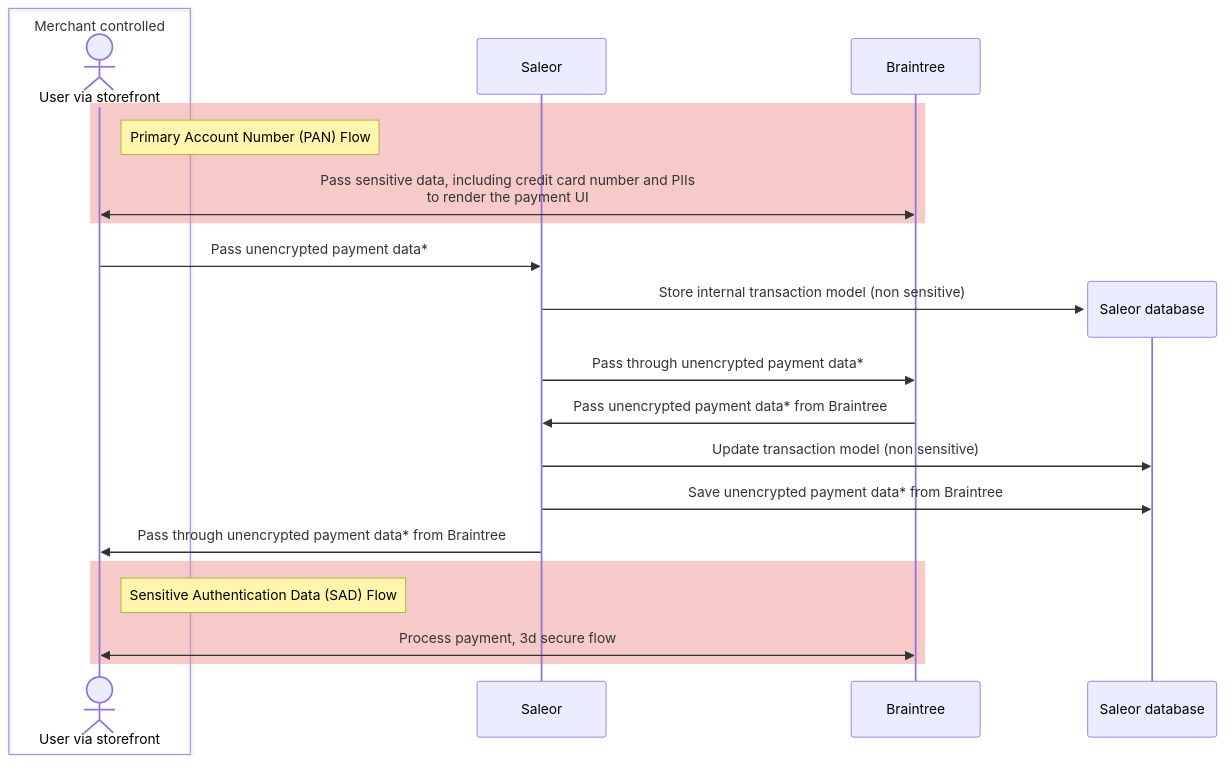
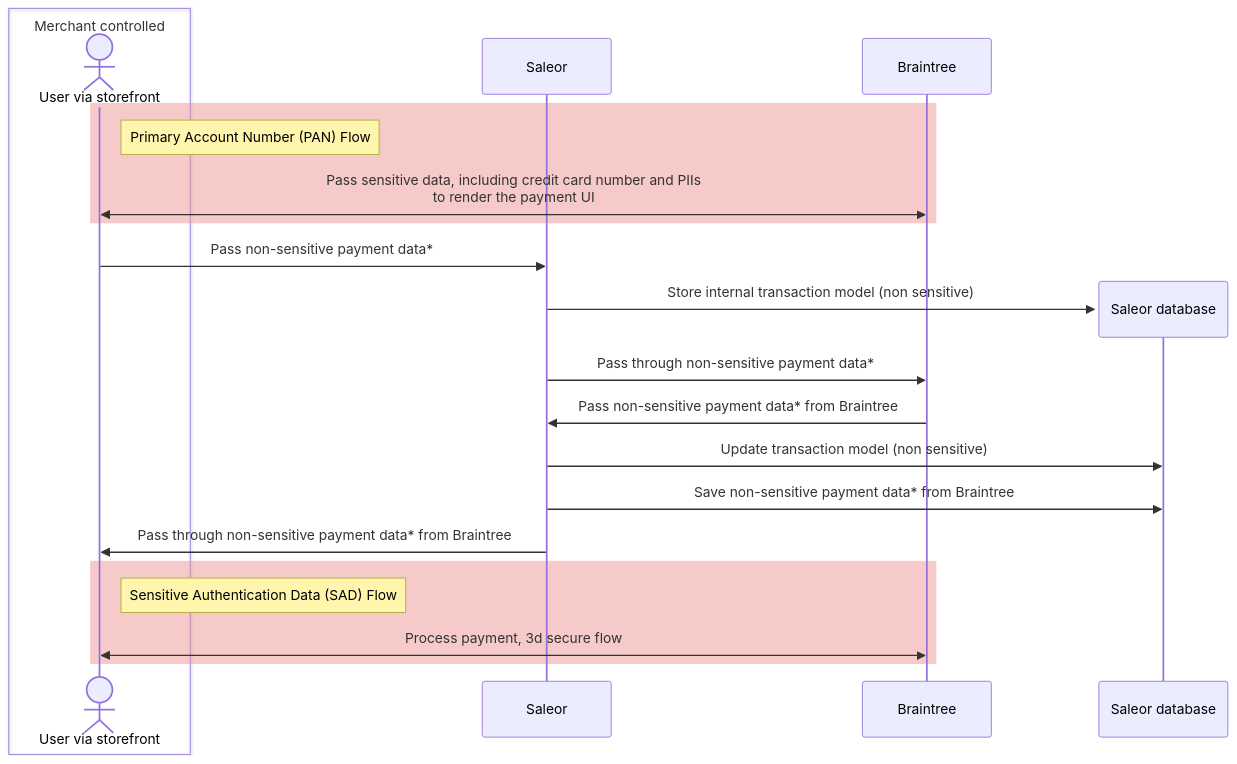
Before and after one commit to saleor/saleor-docs: the diagram in docs/developer/app-store/plugins/braintree.mdx, drawn with Mermaid.

Commit message:
update braintree wording

````diff
--- a/docs/developer/app-store/plugins/braintree.mdx
+++ b/docs/developer/app-store/plugins/braintree.mdx
@@ -81,28 +81,28 @@
 ```mermaid
 sequenceDiagram
     box Merchant controlled
     actor User via storefront
     end
     participant Saleor
     participant Braintree
 
     rect rgba(240,150,150,0.5)
         note right of User via storefront: Primary Account Number (PAN) Flow
         User via storefront <<->> Braintree: Pass sensitive data, including credit card number and PIIs<br/>to render the payment UI
     end
 
-    User via storefront ->> Saleor: Pass unencrypted payment data*
+    User via storefront ->> Saleor: Pass non-sensitive payment data*
     create participant Saleor database
     Saleor ->> Saleor database: Store internal transaction model (non sensitive)
-    Saleor ->> Braintree: Pass through unencrypted payment data*
+    Saleor ->> Braintree: Pass through non-sensitive payment data*
 
-    Braintree ->> Saleor: Pass unencrypted payment data* from Braintree
+    Braintree ->> Saleor: Pass non-sensitive payment data* from Braintree
     Saleor ->> Saleor database: Update transaction model (non sensitive)
-    Saleor ->> Saleor database: Save unencrypted payment data* from Braintree
-    Saleor ->> User via storefront: Pass through unencrypted payment data* from Braintree
+    Saleor ->> Saleor database: Save non-sensitive payment data* from Braintree
+    Saleor ->> User via storefront: Pass through non-sensitive payment data* from Braintree
 
     rect rgba(240,150,150,0.5)
         note right of User via storefront: Sensitive Authentication Data (SAD) Flow
         User via storefront <<->> Braintree: Process payment, 3d secure flow
     end
   ```
````
